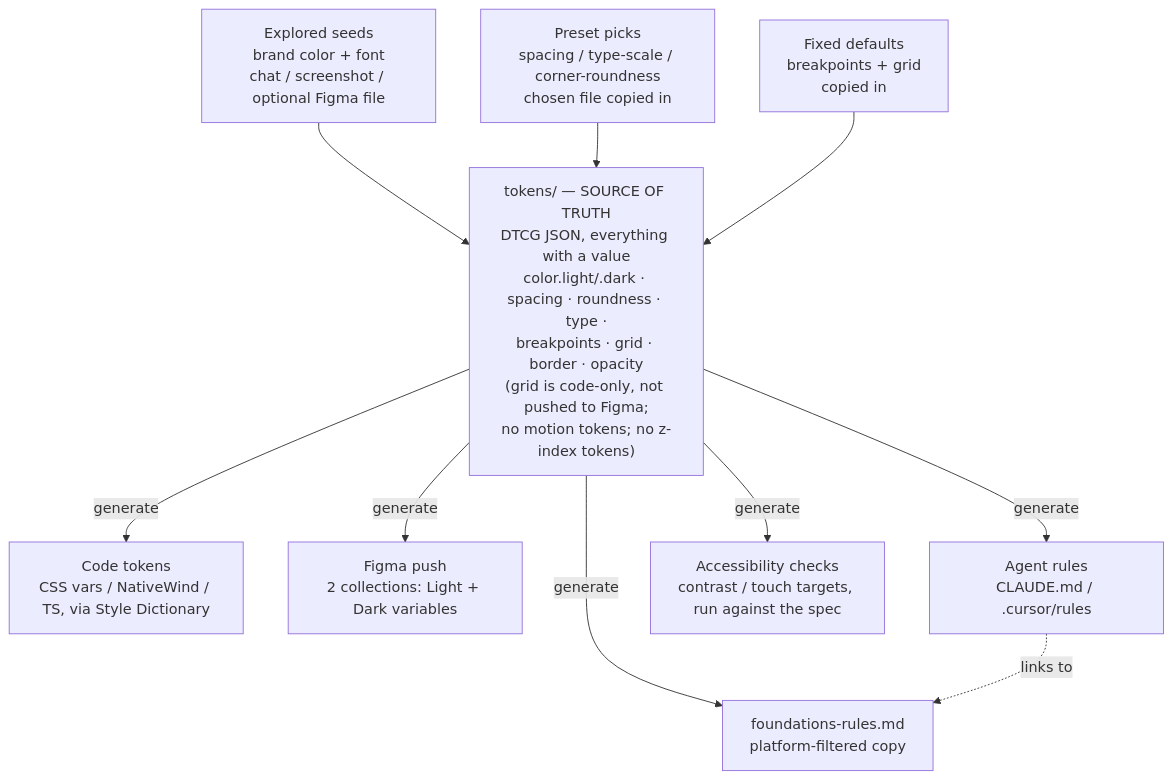
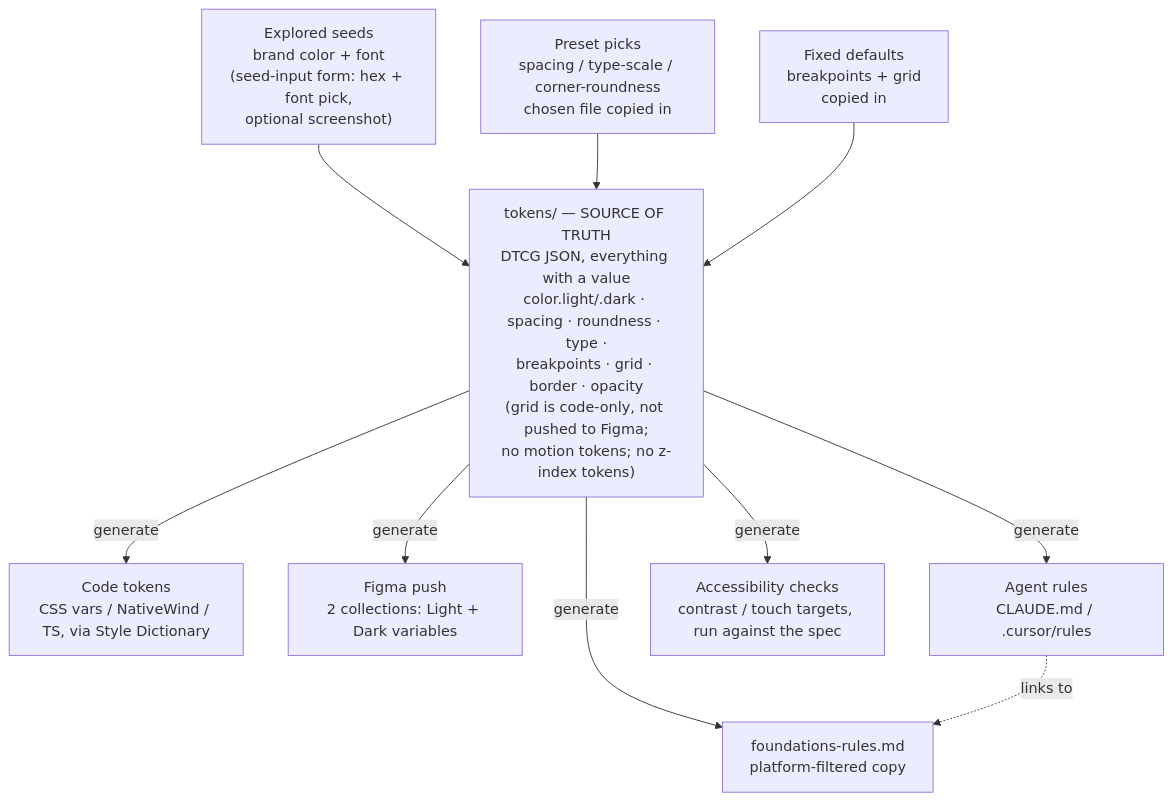
The fourth of 4 diagrams in pipeline-plan.md (graphicalmike-ops/Scaffolded-Design-System-Generation-Tool-SDSGT), drawn with Mermaid before and after one commit. The commit also changed other lines of this file and 2 other files, not shown here.

````diff
--- a/pipeline-plan.md
+++ b/pipeline-plan.md
@@ -305,26 +309,26 @@
 ```mermaid
 flowchart TD
-    explored["Explored seeds<br/>brand color + font<br/>chat / screenshot / optional Figma file"]
+    explored["Explored seeds<br/>brand color + font<br/>(seed-input form: hex + font pick,<br/>optional screenshot)"]
     preset["Preset picks<br/>spacing / type-scale / corner-roundness<br/>chosen file copied in"]
     default["Fixed defaults<br/>breakpoints + grid<br/>copied in"]
 
     tokens["tokens/ — SOURCE OF TRUTH<br/>DTCG JSON, everything with a value<br/>color.light/.dark · spacing · roundness · type ·<br/>breakpoints · grid · border · opacity<br/>(grid is code-only, not pushed to Figma;<br/>no motion tokens; no z-index tokens)"]
 
     explored --> tokens
     preset --> tokens
     default --> tokens
 
     codeTokens["Code tokens<br/>CSS vars / NativeWind / TS, via Style Dictionary"]
     figmaPush["Figma push<br/>2 collections: Light + Dark variables"]
     agentRules["Agent rules<br/>CLAUDE.md / .cursor/rules"]
     rulesDoc["foundations-rules.md<br/>platform-filtered copy"]
     a11y["Accessibility checks<br/>contrast / touch targets, run against the spec"]
 
     tokens -->|generate| codeTokens
     tokens -->|generate| figmaPush
     tokens -->|generate| agentRules
     tokens -->|generate| rulesDoc
     tokens -->|generate| a11y
 
     agentRules -.->|links to| rulesDoc
 ```
````
